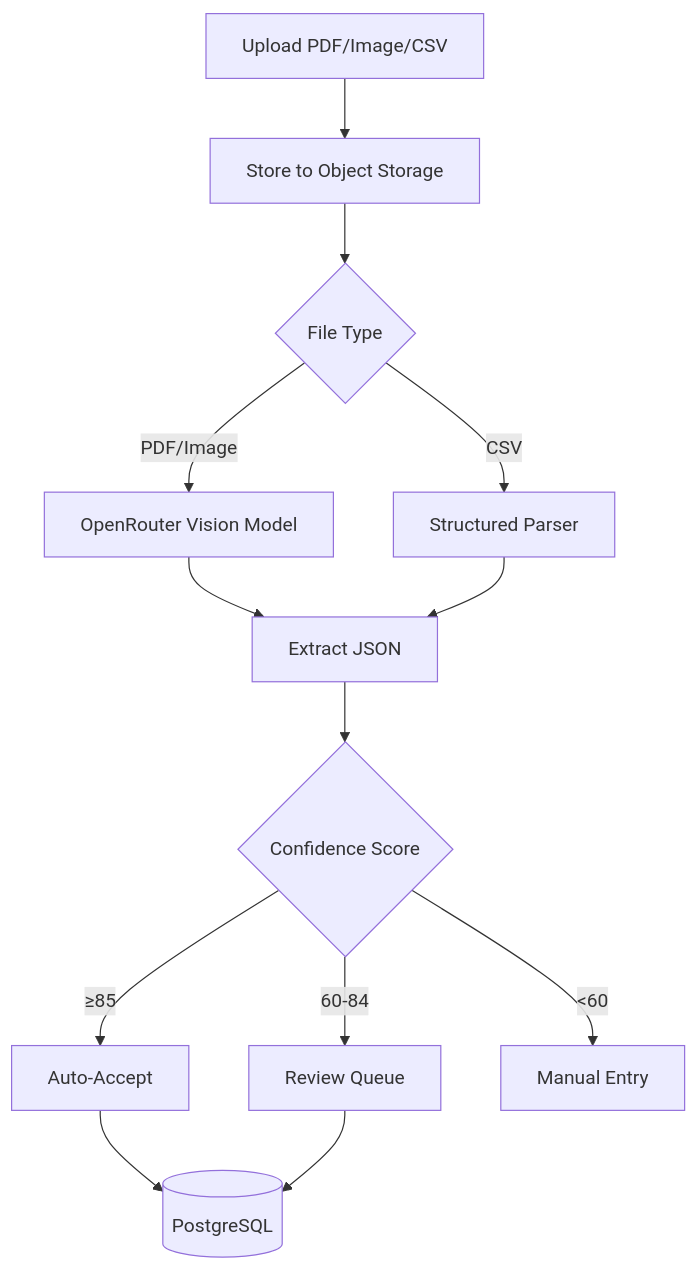
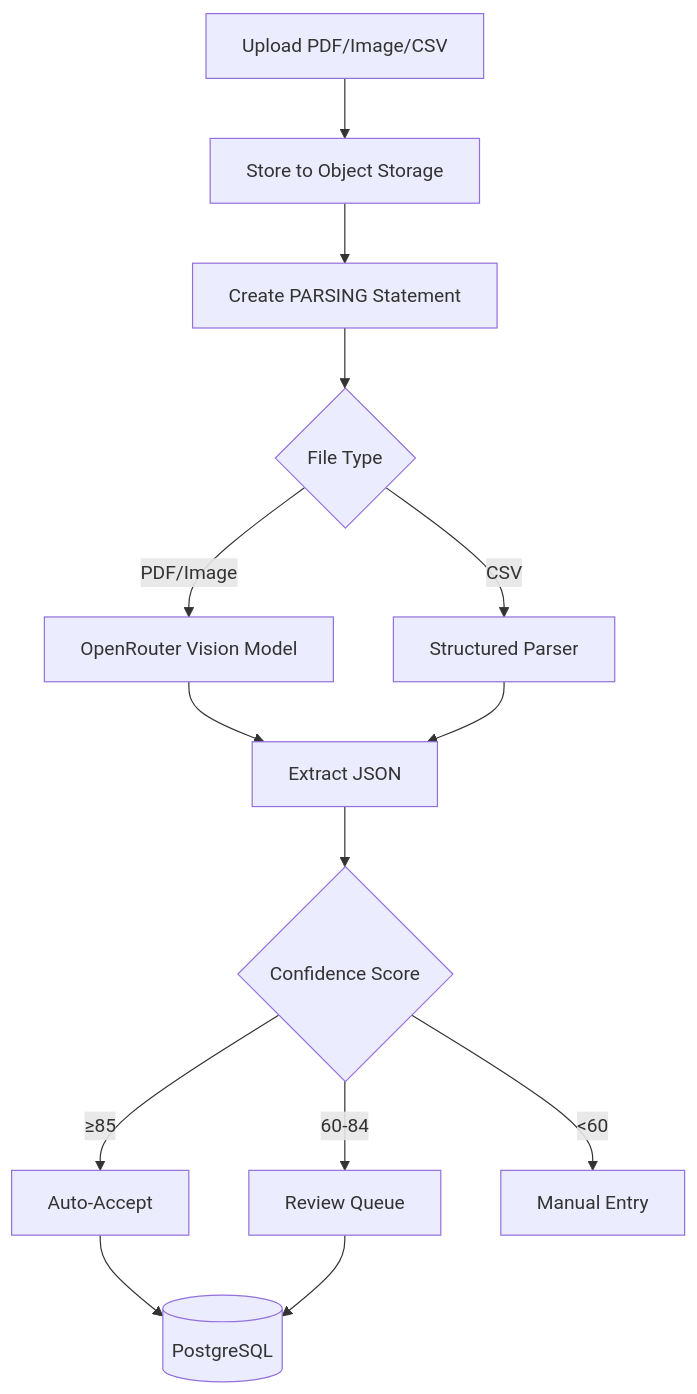
One commit to wangzitian0/finance_report changed the diagram in docs/ssot/extraction.md. Above: the diagram before and after it, drawn with Mermaid. The commit also changed other lines of this file and 13 other files, not shown here.

````diff
--- a/docs/ssot/extraction.md
+++ b/docs/ssot/extraction.md
@@ -11,15 +11,16 @@
 ```mermaid
 flowchart TB
     A[Upload PDF/Image/CSV] --> S[Store to Object Storage]
-    S --> B{File Type}
+    S --> P[Create PARSING Statement]
+    P --> B{File Type}
     B -->|PDF/Image| C["OpenRouter Vision Model"]
     B -->|CSV| D[Structured Parser]
     C --> E[Extract JSON]
     D --> E
     E --> F{Confidence Score}
     F -->|≥85| G[Auto-Accept]
     F -->|60-84| H[Review Queue]
     F -->|<60| I[Manual Entry]
     G --> J[(PostgreSQL)]
     H --> J
 ```
````
